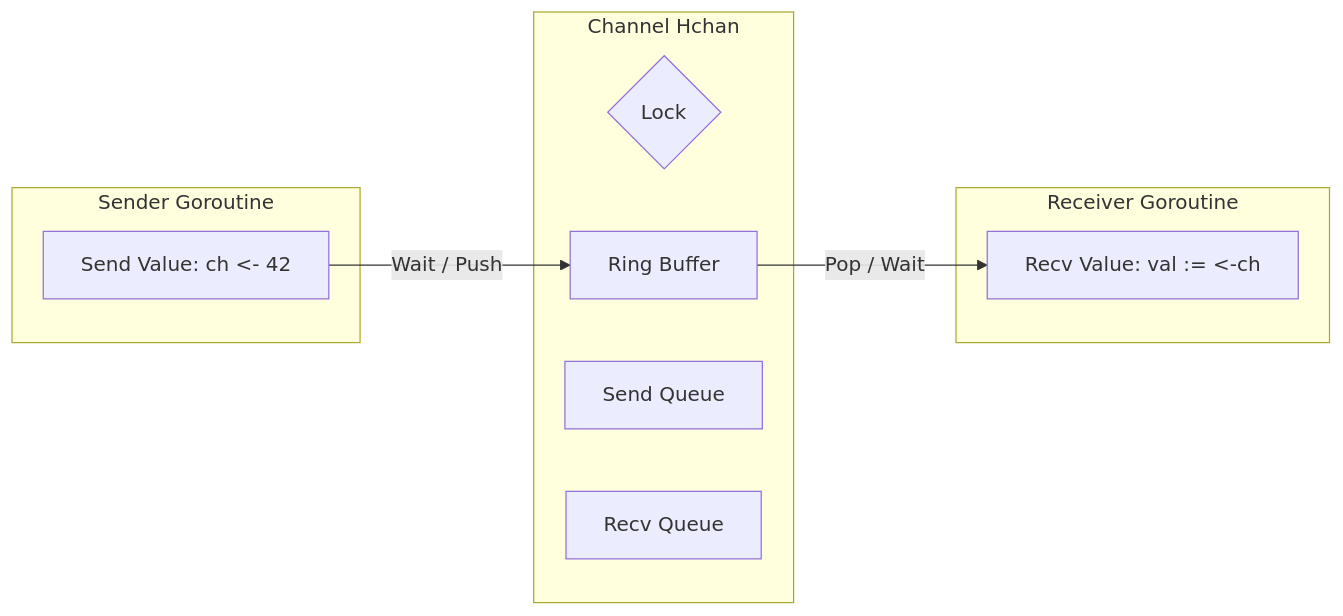
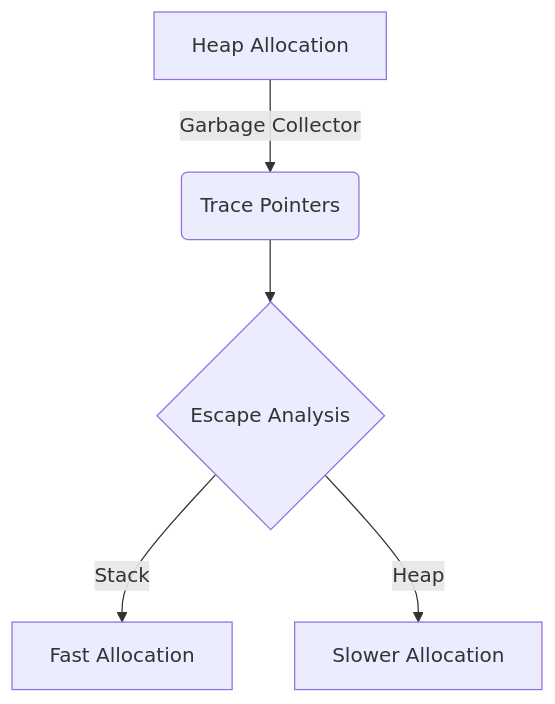
Before and after one commit to Suryavamsi53/goverseforgophers: the diagram in content/lessons/go-fundamentals/068-channels.md, drawn with Mermaid. The commit also changed other lines of this file and 33 other files, not shown here.

````diff
--- a/content/lessons/go-fundamentals/068-channels.md
+++ b/content/lessons/go-fundamentals/068-channels.md
@@ -20,20 +16,7 @@
 ```mermaid
-graph LR
-    subgraph Sender Goroutine
-        A[Send Value: ch <- 42]
-    end
-    
-    subgraph Channel Hchan
-        B{Lock}
-        C[Ring Buffer]
-        D[Send Queue]
-        E[Recv Queue]
-    end
-    
-    subgraph Receiver Goroutine
-        F[Recv Value: val := <-ch]
-    end
-
-    A -->|Wait / Push| C
-    C -->|Pop / Wait| F
+graph TD
+    A[Heap Allocation] -->|Garbage Collector| B(Trace Pointers)
+    B --> C{Escape Analysis}
+    C -->|Stack| D[Fast Allocation]
+    C -->|Heap| E[Slower Allocation]
 ```
````
